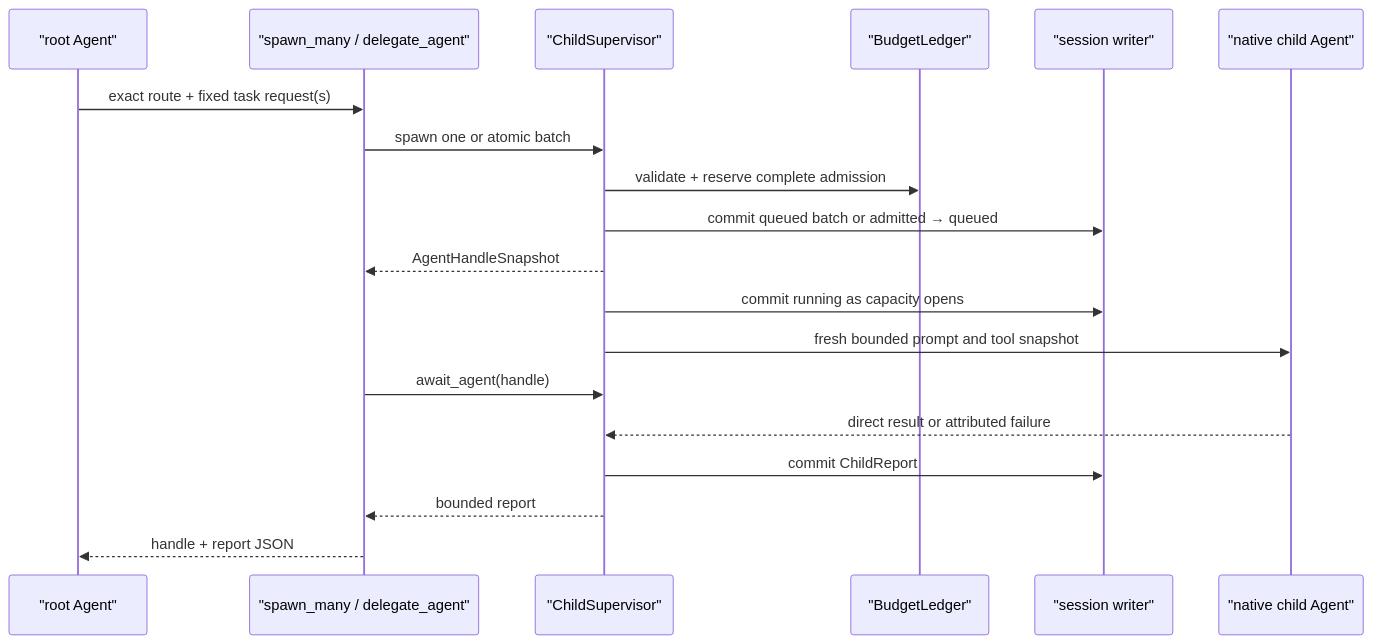
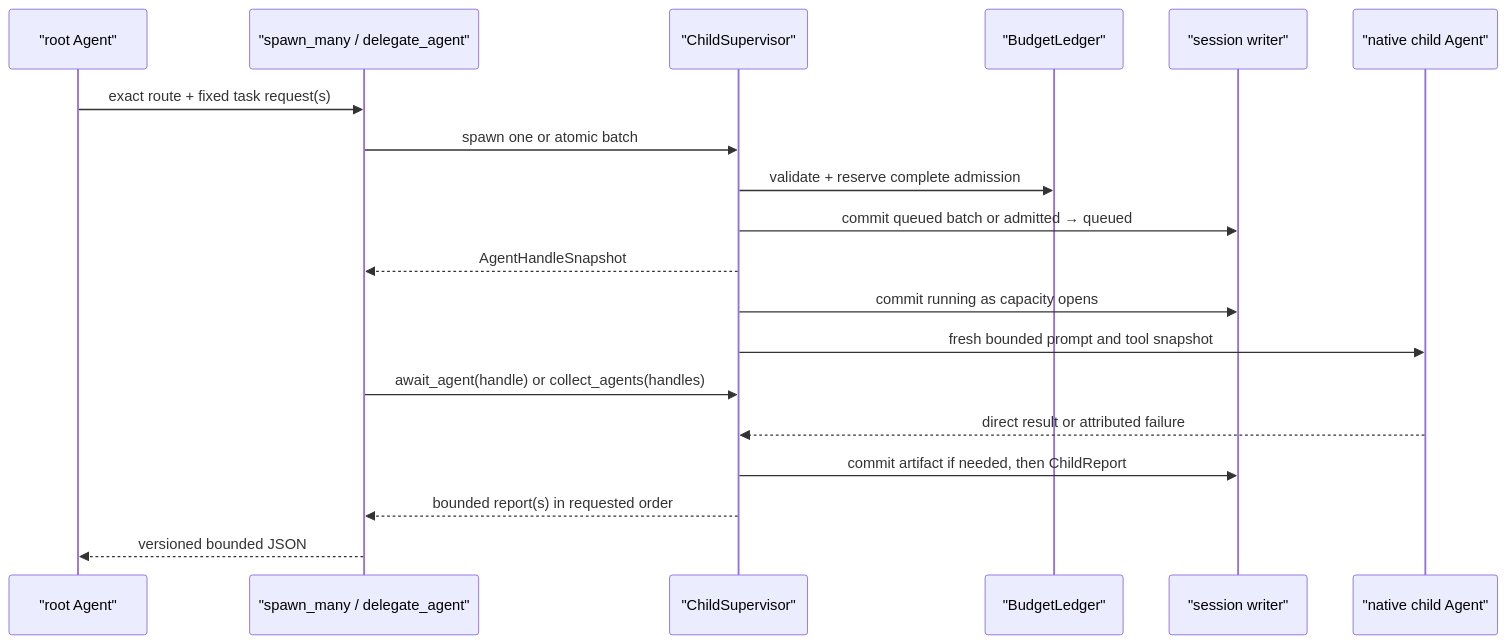
One commit to labcoder/xana changed the second of 2 diagrams in docs/architecture/README.md. Above: the diagram before and after it, drawn with Mermaid. The commit also changed other lines of this file and 17 other files, not shown here.

Commit message:
feat(orchestration): collect typed child reports

````diff
--- a/docs/architecture/README.md
+++ b/docs/architecture/README.md
@@ -109,21 +118,21 @@
 ```mermaid
 sequenceDiagram
     participant Root as "root Agent"
     participant Tool as "spawn_many / delegate_agent"
     participant Supervisor as "ChildSupervisor"
     participant Ledger as "BudgetLedger"
     participant Session as "session writer"
     participant Child as "native child Agent"
     Root->>Tool: exact route + fixed task request(s)
     Tool->>Supervisor: spawn one or atomic batch
     Supervisor->>Ledger: validate + reserve complete admission
     Supervisor->>Session: commit queued batch or admitted → queued
     Supervisor-->>Tool: AgentHandleSnapshot
     Supervisor->>Session: commit running as capacity opens
     Supervisor->>Child: fresh bounded prompt and tool snapshot
-    Tool->>Supervisor: await_agent(handle)
+    Tool->>Supervisor: await_agent(handle) or collect_agents(handles)
     Child-->>Supervisor: direct result or attributed failure
-    Supervisor->>Session: commit ChildReport
-    Supervisor-->>Tool: bounded report
-    Tool-->>Root: handle + report JSON
+    Supervisor->>Session: commit artifact if needed, then ChildReport
+    Supervisor-->>Tool: bounded report(s) in requested order
+    Tool-->>Root: versioned bounded JSON
 ```
````
